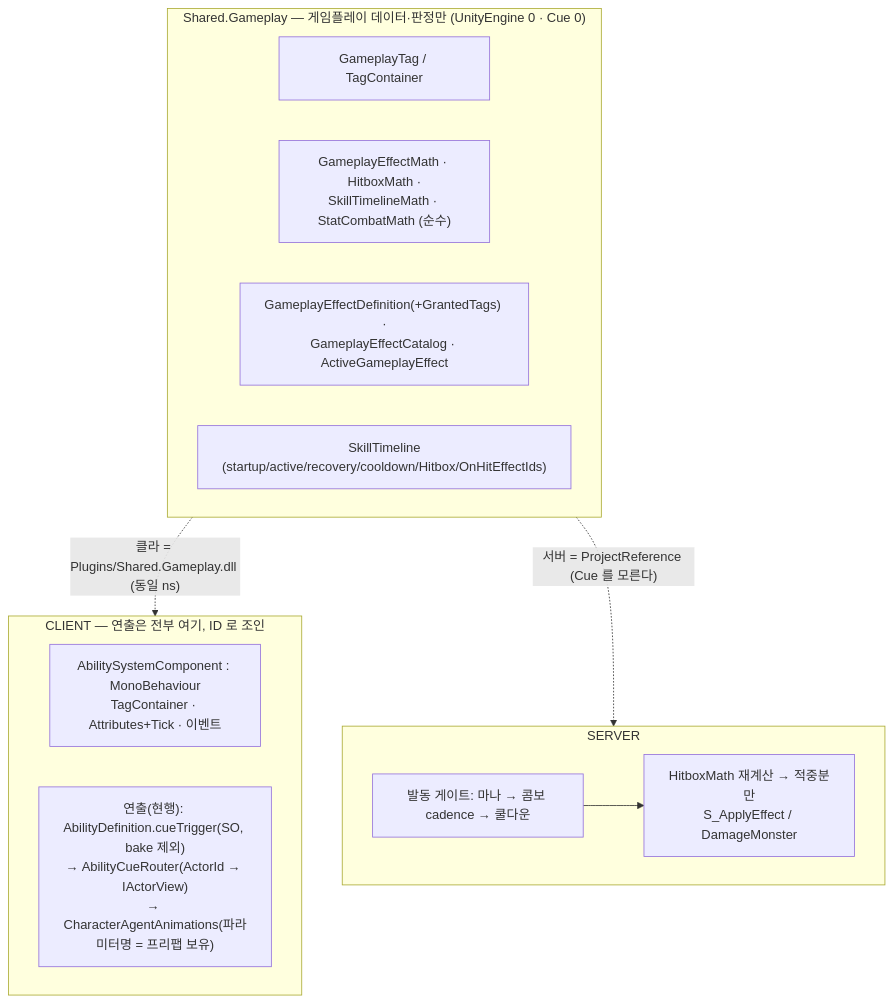
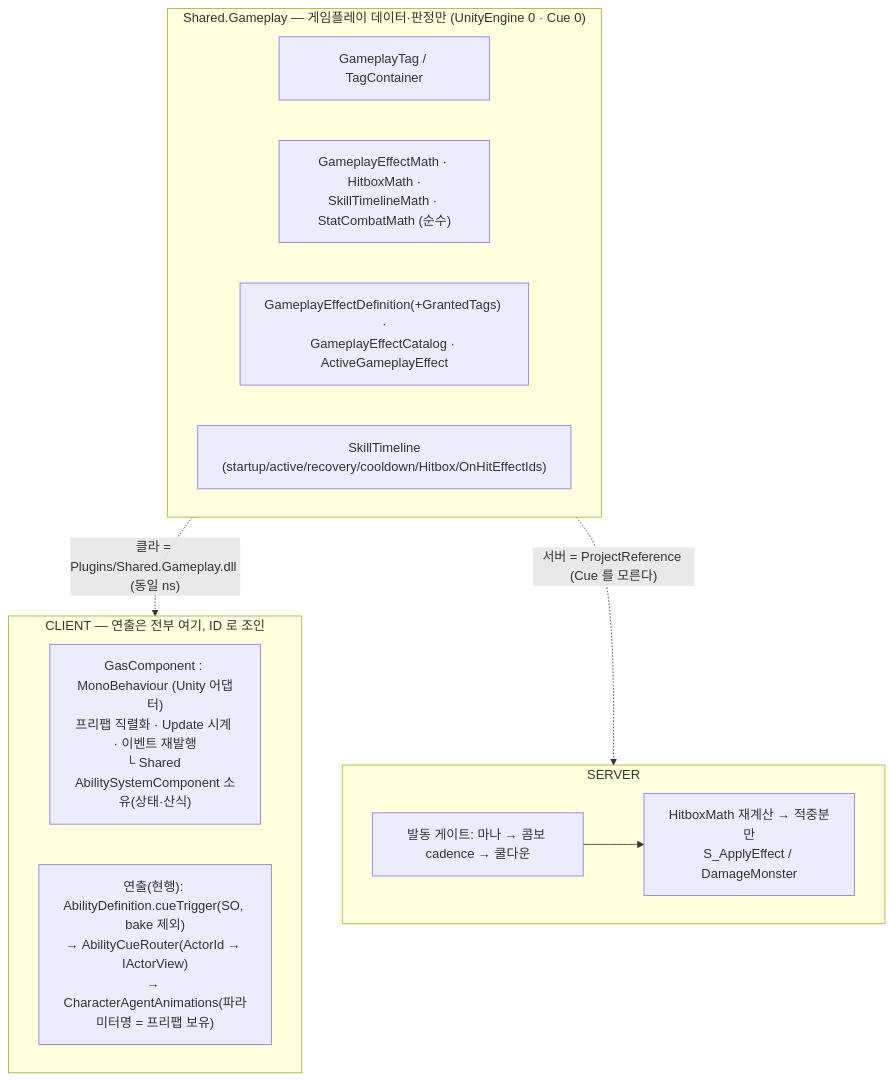
Before and after one commit to SeoBYP/Multiplay-ActionRPG-Unity: the first of 5 diagrams in docs/wiki/gas-architecture.md, drawn with Mermaid. The commit also changed other lines of this file and 61 other files, not shown here.

````diff
--- a/docs/wiki/gas-architecture.md
+++ b/docs/wiki/gas-architecture.md
@@ -38,20 +38,20 @@
 ```mermaid
 flowchart TB
     subgraph SHARED["Shared.Gameplay — 게임플레이 데이터·판정만 (UnityEngine 0 · Cue 0)"]
         TAG["GameplayTag / TagContainer"]
         MATH["GameplayEffectMath · HitboxMath ·<br/>SkillTimelineMath · StatCombatMath (순수)"]
         EFF["GameplayEffectDefinition(+GrantedTags) ·<br/>GameplayEffectCatalog · ActiveGameplayEffect"]
         TL["SkillTimeline<br/>(startup/active/recovery/cooldown/Hitbox/OnHitEffectIds)"]
     end
     SHARED -.->|"클라 = Plugins/Shared.Gameplay.dll (동일 ns)"| CLIENT
     SHARED -.->|"서버 = ProjectReference (Cue 를 모른다)"| SERVER
     subgraph CLIENT["CLIENT — 연출은 전부 여기, ID 로 조인"]
-        ASC["AbilitySystemComponent : MonoBehaviour<br/>TagContainer · Attributes+Tick · 이벤트"]
+        ASC["GasComponent : MonoBehaviour (Unity 어댑터)<br/>프리팹 직렬화 · Update 시계 · 이벤트 재발행<br/>└ Shared AbilitySystemComponent 소유(상태·산식)"]
         CUE["연출(현행): AbilityDefinition.cueTrigger(SO, bake 제외)<br/>→ AbilityCueRouter(ActorId → IActorView)<br/>→ CharacterAgentAnimations(파라미터명 = 프리팹 보유)"]
     end
     subgraph SERVER["SERVER"]
         GATE["발동 게이트: 마나 → 콤보 cadence → 쿨다운"]
         JUDGE["HitboxMath 재계산 → 적중분만<br/>S_ApplyEffect / DamageMonster"]
         GATE --> JUDGE
     end
 ```
````
